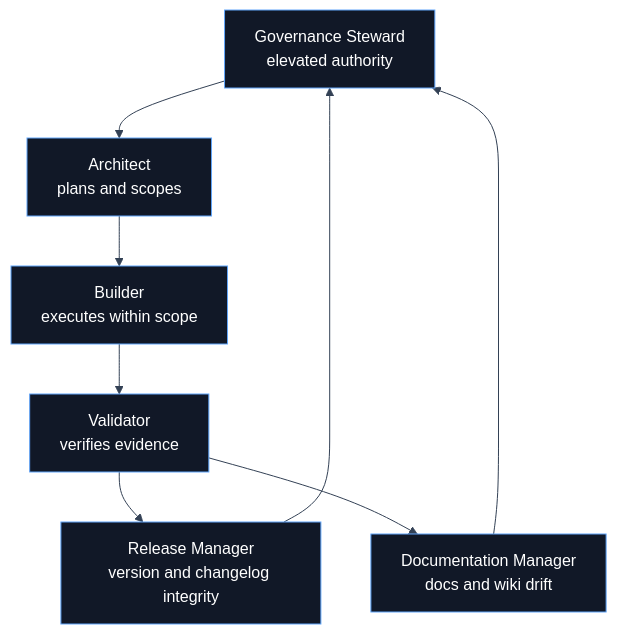
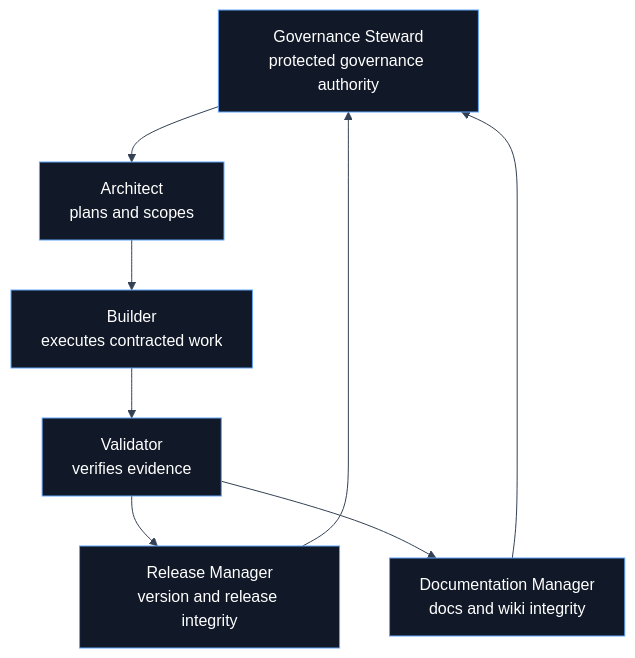
The first of 3 diagrams in wiki/Agent-Roles.md (flynn33/forsetti-agentic-edition), drawn with Mermaid before and after one commit. The commit also changed other lines of this file and 11 other files, not shown here.

````diff
--- a/wiki/Agent-Roles.md
+++ b/wiki/Agent-Roles.md
@@ -11,11 +13,11 @@
 ```mermaid
 %%{init: {"theme":"base","themeVariables":{"primaryColor":"#111827","primaryTextColor":"#ffffff","primaryBorderColor":"#60a5fa","lineColor":"#334155","secondaryColor":"#eff6ff","tertiaryColor":"#f8fafc"}}}%%
 flowchart TB
-    Steward["Governance Steward<br/>elevated authority"] --> Architect["Architect<br/>plans and scopes"]
-    Architect --> Builder["Builder<br/>executes within scope"]
+    Steward["Governance Steward<br/>protected governance authority"] --> Architect["Architect<br/>plans and scopes"]
+    Architect --> Builder["Builder<br/>executes contracted work"]
     Builder --> Validator["Validator<br/>verifies evidence"]
-    Validator --> Release["Release Manager<br/>version and changelog integrity"]
-    Validator --> Docs["Documentation Manager<br/>docs and wiki drift"]
+    Validator --> Release["Release Manager<br/>version and release integrity"]
+    Validator --> Docs["Documentation Manager<br/>docs and wiki integrity"]
     Docs --> Steward
     Release --> Steward
 ```
````
